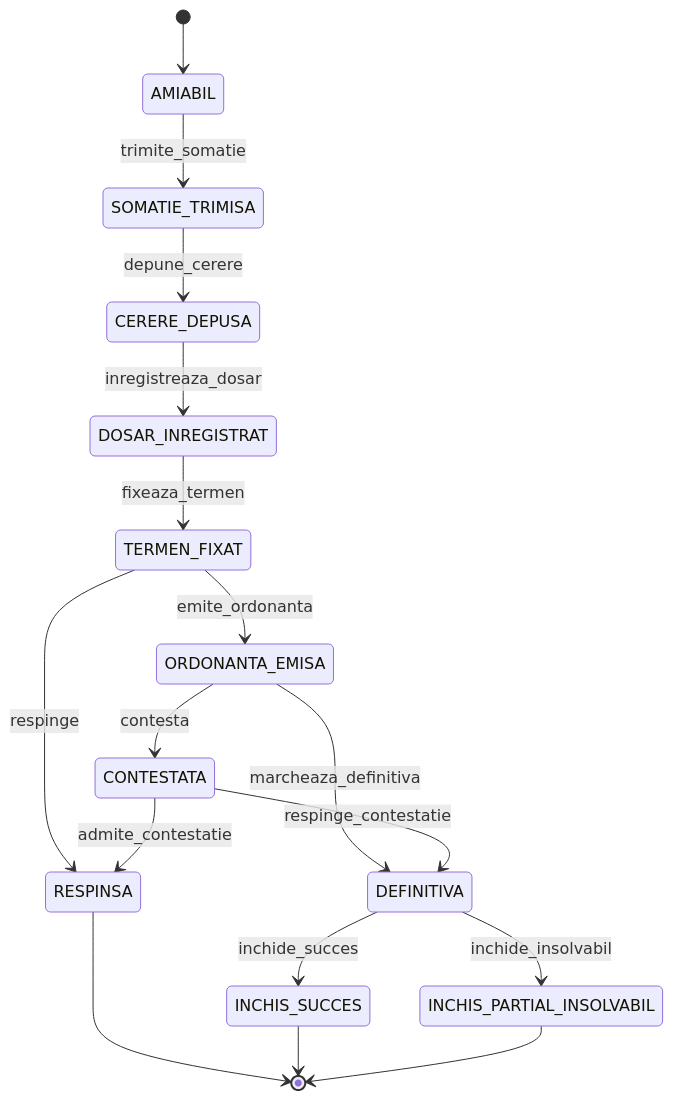
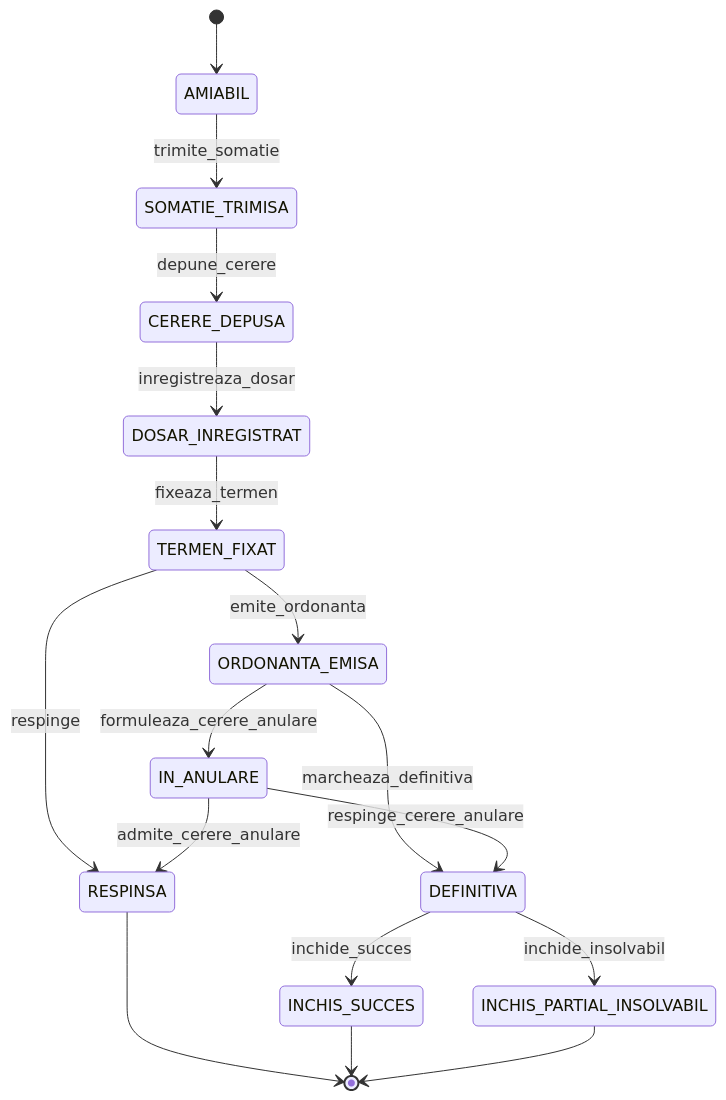
The third of 3 diagrams in docs/LexRecovery/ANALIZA-FLUXURI-LEXRECOVERY.md (alexcaciulan/symfony-mvp), drawn with Mermaid before and after one commit. The commit also changed other lines of this file and 1 other file, not shown here.

````diff
--- a/docs/LexRecovery/ANALIZA-FLUXURI-LEXRECOVERY.md
+++ b/docs/LexRecovery/ANALIZA-FLUXURI-LEXRECOVERY.md
@@ -263,19 +282,19 @@
 ```mermaid
 stateDiagram-v2
     [*] --> AMIABIL
     AMIABIL --> SOMATIE_TRIMISA: trimite_somatie
     SOMATIE_TRIMISA --> CERERE_DEPUSA: depune_cerere
     CERERE_DEPUSA --> DOSAR_INREGISTRAT: inregistreaza_dosar
     DOSAR_INREGISTRAT --> TERMEN_FIXAT: fixeaza_termen
     TERMEN_FIXAT --> ORDONANTA_EMISA: emite_ordonanta
     TERMEN_FIXAT --> RESPINSA: respinge
-    ORDONANTA_EMISA --> CONTESTATA: contesta
+    ORDONANTA_EMISA --> IN_ANULARE: formuleaza_cerere_anulare
     ORDONANTA_EMISA --> DEFINITIVA: marcheaza_definitiva
-    CONTESTATA --> DEFINITIVA: respinge_contestatie
-    CONTESTATA --> RESPINSA: admite_contestatie
+    IN_ANULARE --> DEFINITIVA: respinge_cerere_anulare
+    IN_ANULARE --> RESPINSA: admite_cerere_anulare
     DEFINITIVA --> INCHIS_SUCCES: inchide_succes
     DEFINITIVA --> INCHIS_PARTIAL_INSOLVABIL: inchide_insolvabil
     RESPINSA --> [*]
     INCHIS_SUCCES --> [*]
     INCHIS_PARTIAL_INSOLVABIL --> [*]
 ```
````
